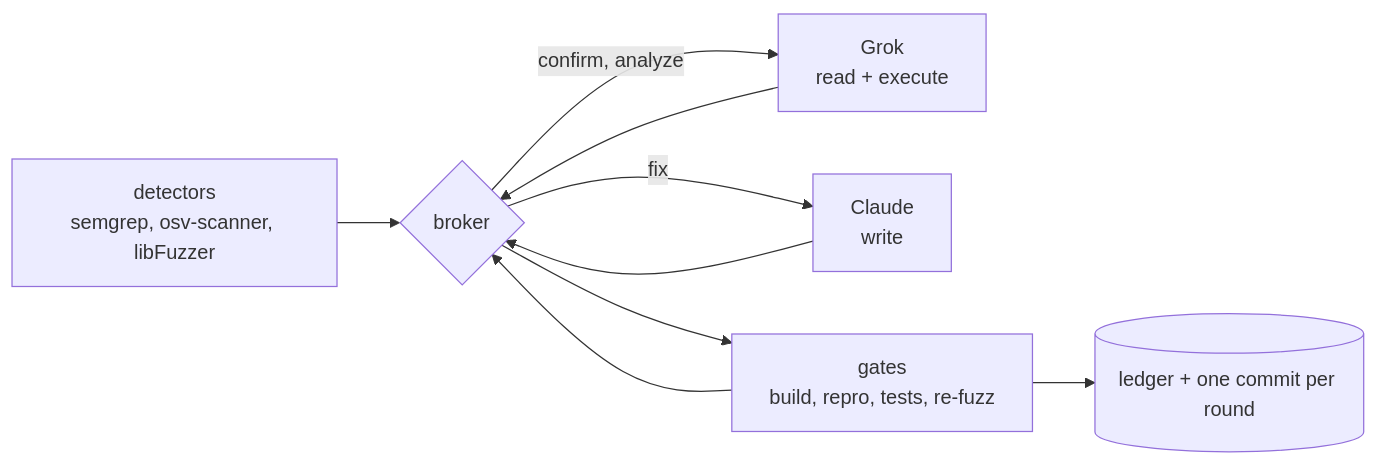
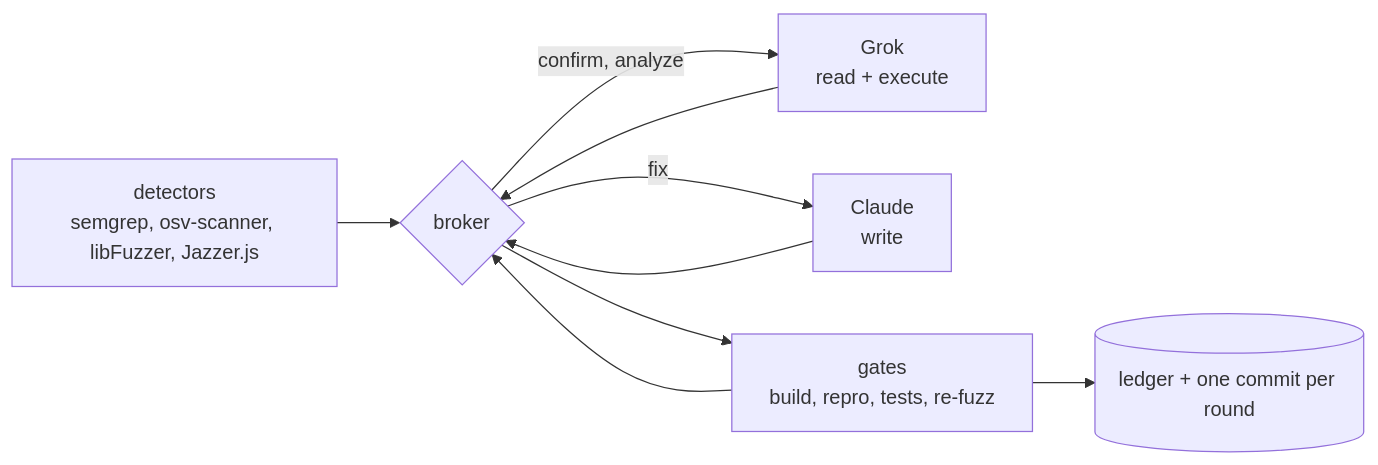
The diagram in README.md (moonrunnerkc/crossfire), drawn with Mermaid before and after one commit. The commit also changed other lines of this file and 53 other files, not shown here.

````diff
--- a/README.md
+++ b/README.md
@@ -87,11 +87,11 @@
 ```mermaid
 flowchart LR
-  D[detectors<br/>semgrep, osv-scanner, libFuzzer] --> B{broker}
+  D[detectors<br/>semgrep, osv-scanner, libFuzzer, Jazzer.js] --> B{broker}
   B -->|confirm, analyze| G[Grok<br/>read + execute]
   B -->|fix| C[Claude<br/>write]
   G --> B
   C --> B
   B --> V[gates<br/>build, repro, tests, re-fuzz]
   V --> L[(ledger + one commit per round)]
   V --> B
 ```
````
